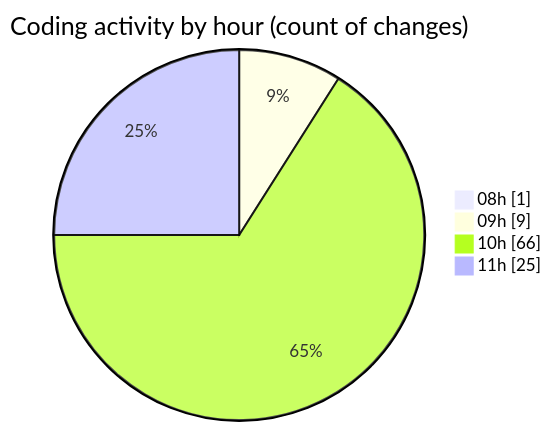
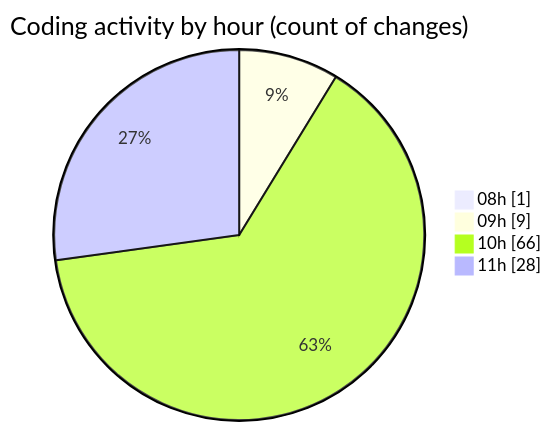
Before and after one commit to BS-eng2023/code-tracking: the second of 2 diagrams in 2025-04-04/jsvms/README.md, drawn with Mermaid. The commit also changed other lines of this file and 1 other file, not shown here.

````diff
--- a/2025-04-04/jsvms/README.md
+++ b/2025-04-04/jsvms/README.md
@@ -37,8 +37,8 @@
 ```mermaid
 pie showData
 title Coding activity by hour (count of changes)
 "08h" : 1
 "09h" : 9
 "10h" : 66
-"11h" : 25
+"11h" : 28
 ```
````
